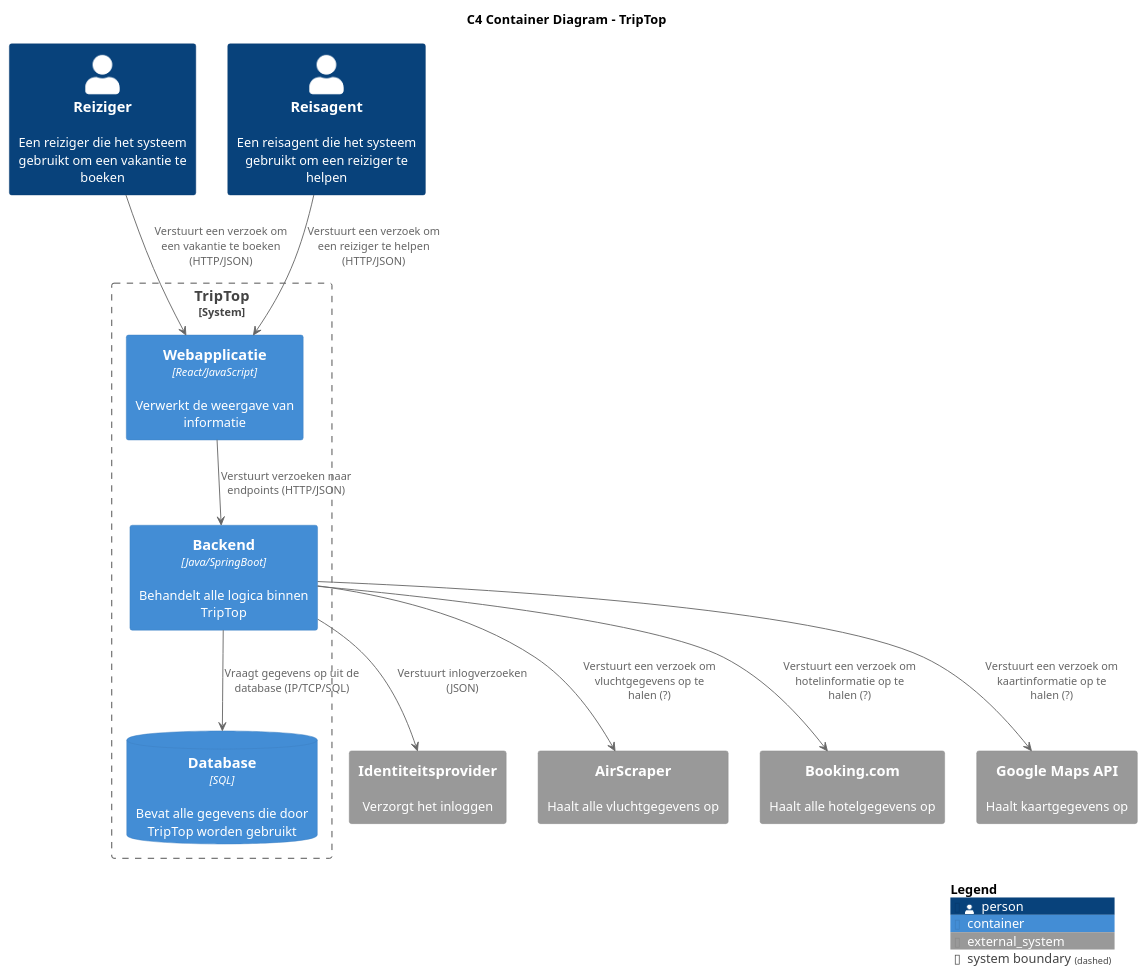
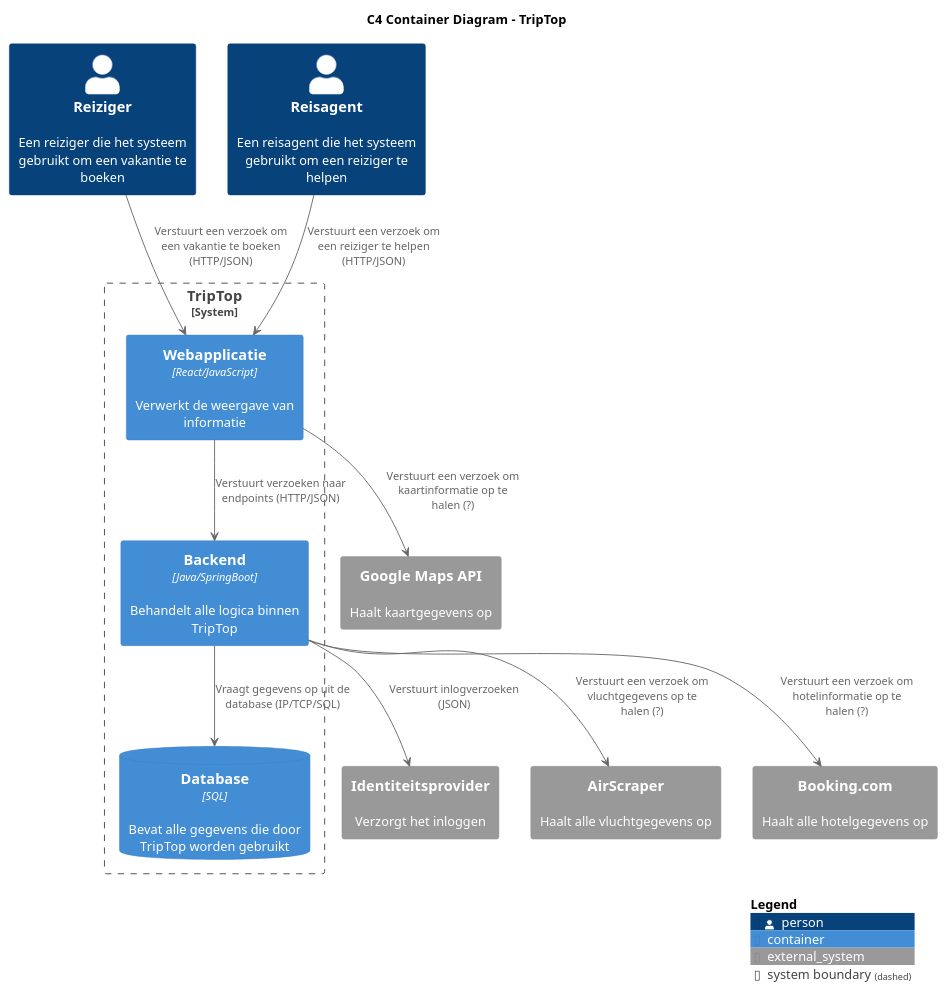
Before and after one commit to AIM-ENE-feb25/triptop-groep-b4: the diagram in C4_diagrammen/Container-diagram-TripTop.puml, drawn with PlantUML. The commit also changed 2 other files, not shown here.

Commit message:
Change backend -> Google Maps API to app -> Google Maps API in container diagram Because the Google Maps API can probably be called from the frontend

```diff
--- a/C4_diagrammen/Container-diagram-TripTop.puml
+++ b/C4_diagrammen/Container-diagram-TripTop.puml
@@ -1,31 +1,31 @@
 @startuml
 
 !include https://raw.githubusercontent.com/plantuml-stdlib/C4-PlantUML/master/C4_Container.puml
 
 title C4 Container Diagram - TripTop
 
 Person(Reiziger, "Reiziger", "Een reiziger die het systeem gebruikt om een vakantie te boeken")
 Person(Reisagent, "Reisagent", "Een reisagent die het systeem gebruikt om een reiziger te helpen")
 
 System_Boundary(TripTop, "TripTop") {
     Container(Web_app, "Webapplicatie", "React/JavaScript", "Verwerkt de weergave van informatie")
     Container(Backend, "Backend", "Java/SpringBoot", "Behandelt alle logica binnen TripTop")
     ContainerDb(Database, "Database", "SQL", "Bevat alle gegevens die door TripTop worden gebruikt")
 }
 
 System_Ext(Identiteitsprovider, "Identiteitsprovider", "Verzorgt het inloggen")
 System_Ext(AirScraper, "AirScraper", "Haalt alle vluchtgegevens op")
 System_Ext(BookingCom, "Booking.com", "Haalt alle hotelgegevens op")
 System_Ext(GoogleMapsAPI, "Google Maps API", "Haalt kaartgegevens op")
 
 Backend --> Database : "Vraagt gegevens op uit de database (IP/TCP/SQL)"
 Reiziger --> Web_app: "Verstuurt een verzoek om een vakantie te boeken (HTTP/JSON)"
 Reisagent --> Web_app: "Verstuurt een verzoek om een reiziger te helpen (HTTP/JSON)"
 Web_app --> Backend: "Verstuurt verzoeken naar endpoints (HTTP/JSON)"
+Web_app --> GoogleMapsAPI: "Verstuurt een verzoek om kaartinformatie op te halen (?)"
 Backend --> Identiteitsprovider: "Verstuurt inlogverzoeken (JSON)"
 Backend --> AirScraper: "Verstuurt een verzoek om vluchtgegevens op te halen (?)"
 Backend --> BookingCom: "Verstuurt een verzoek om hotelinformatie op te halen (?)"
-Backend --> GoogleMapsAPI: "Verstuurt een verzoek om kaartinformatie op te halen (?)"
 
 SHOW_LEGEND(true)
 @enduml
```
